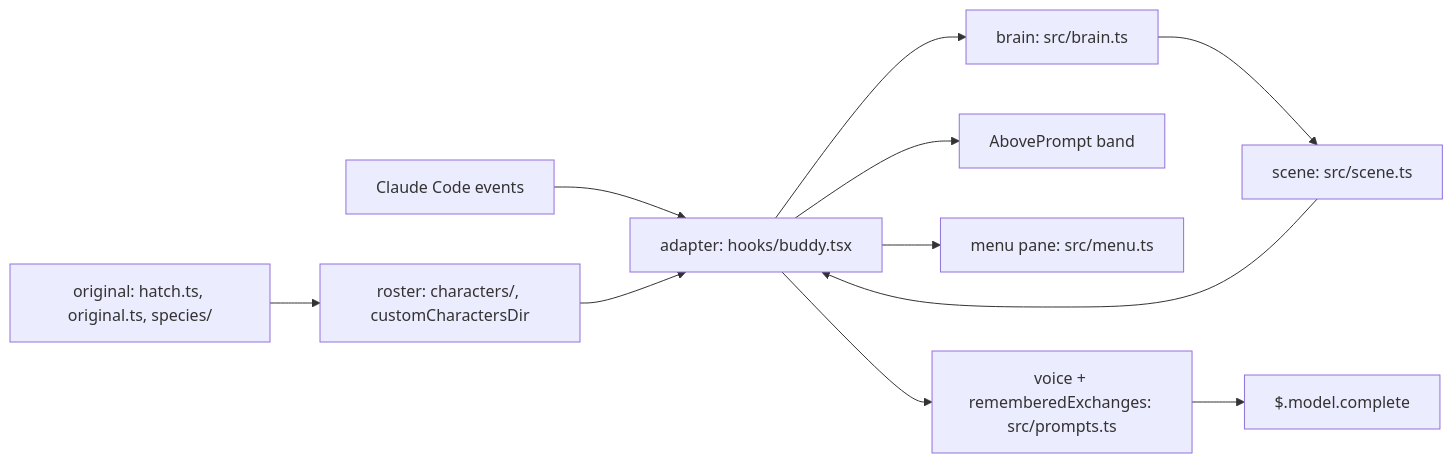
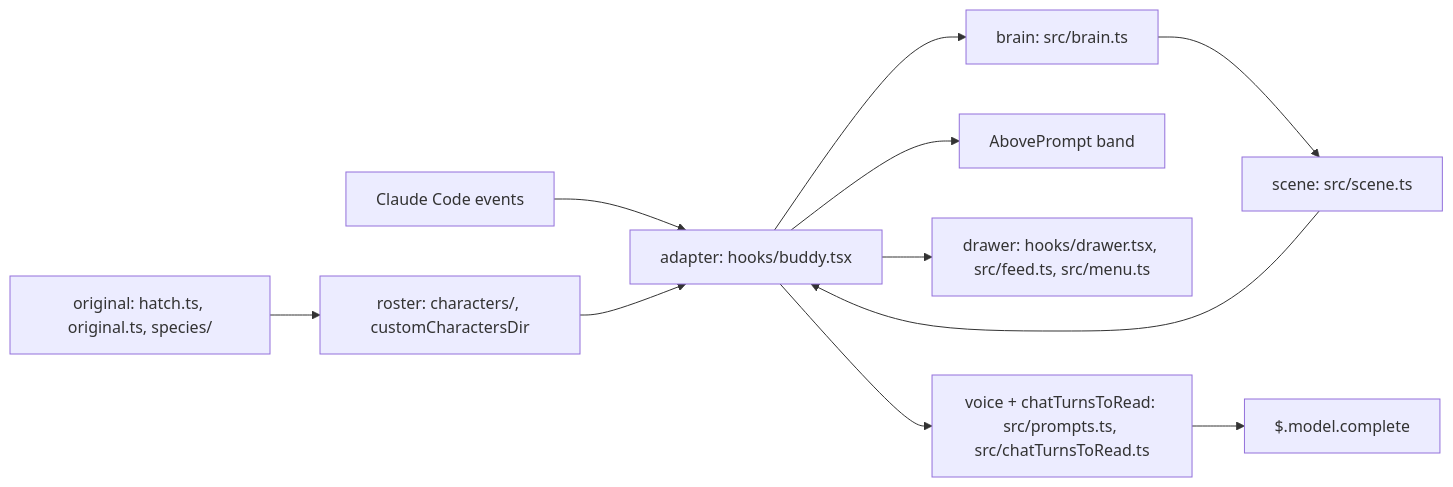
The diagram in docs/design/_index.md (rezzminator/buddy), drawn with Mermaid before and after one commit. The commit also changed other lines of this file and 57 other files, not shown here.

````diff
--- a/docs/design/_index.md
+++ b/docs/design/_index.md
@@ -25,13 +25,13 @@
 ```mermaid
 flowchart LR
   CC["Claude Code events"] --> A["adapter: hooks/buddy.tsx"]
   A --> B["brain: src/brain.ts"]
   B --> S["scene: src/scene.ts"]
   S --> A
   A --> Band["AbovePrompt band"]
   R["roster: characters/, customCharactersDir"] --> A
   O["original: hatch.ts, original.ts, species/"] --> R
-  A --> M["menu pane: src/menu.ts"]
-  A --> V["voice + rememberedExchanges: src/prompts.ts"]
+  A --> M["drawer: hooks/drawer.tsx, src/feed.ts, src/menu.ts"]
+  A --> V["voice + chatTurnsToRead: src/prompts.ts, src/chatTurnsToRead.ts"]
   V --> Model["$.model.complete"]
 ```
````
